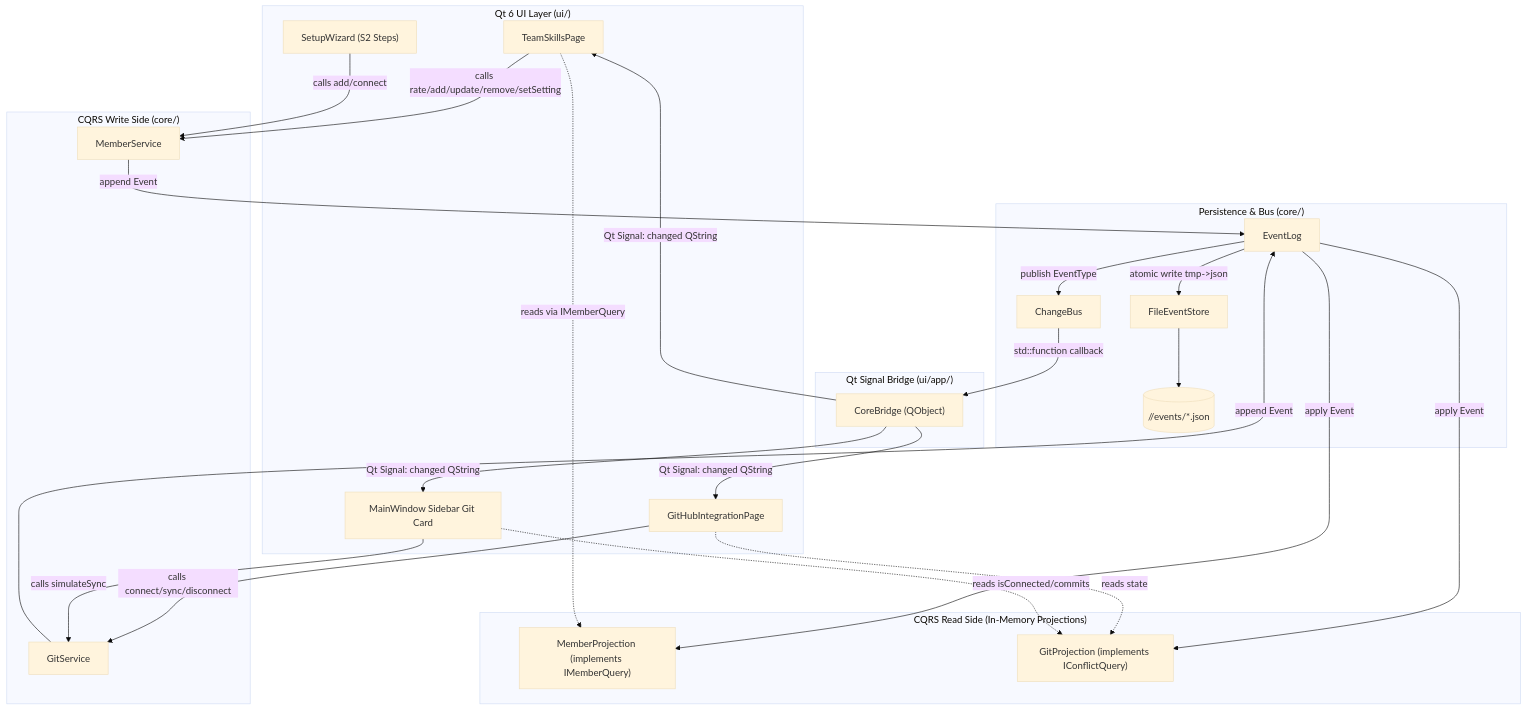
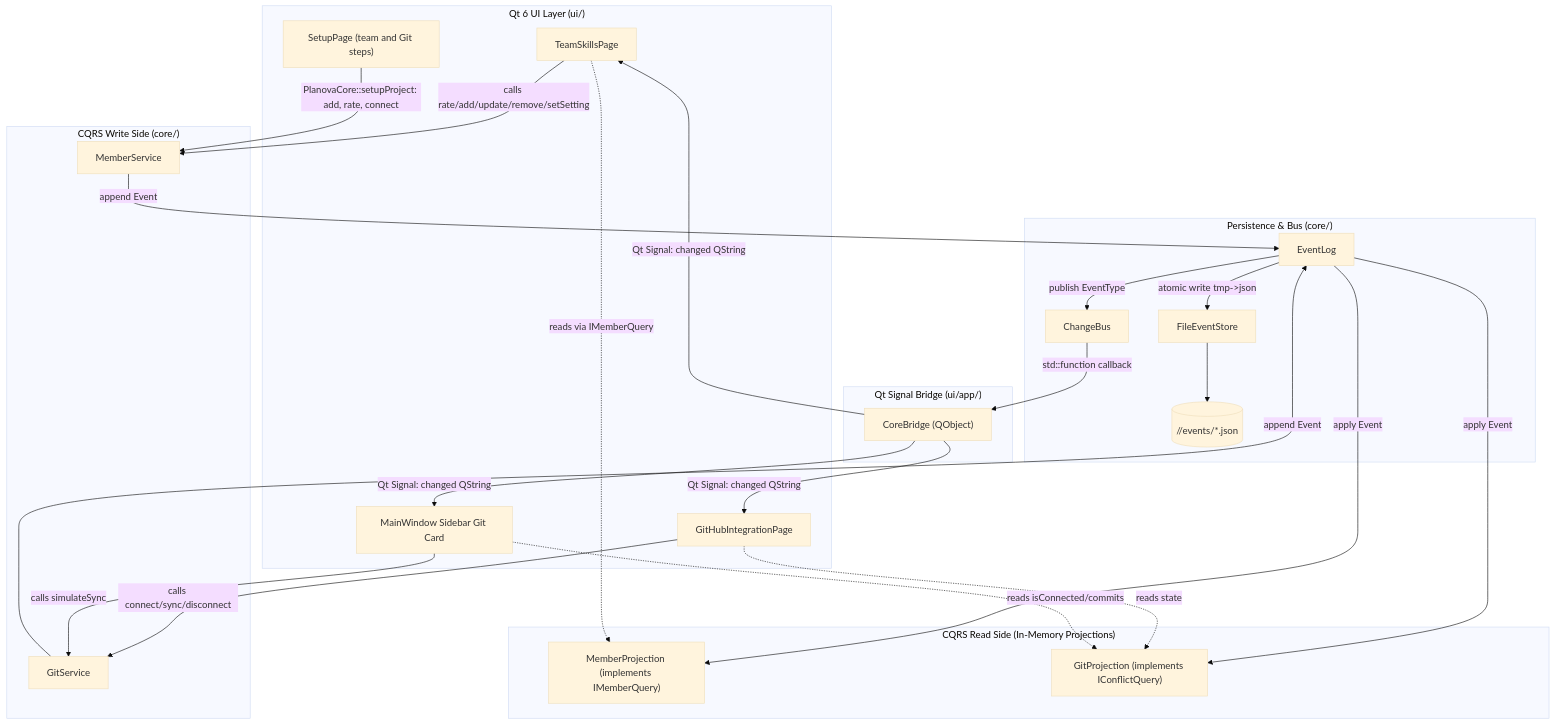
One commit to Adam-Ghobashy/planova changed the first of 2 diagrams in docs/architecture/Planova_Full_Architecture_Audit.md. Above: the diagram before and after it, drawn with Mermaid (base theme). The commit also changed other lines of this file and 3 other files, not shown here.

````diff
--- a/docs/architecture/Planova_Full_Architecture_Audit.md
+++ b/docs/architecture/Planova_Full_Architecture_Audit.md
@@ -58,58 +45,58 @@
 ```mermaid
 flowchart TD
     subgraph UI_Layer ["Qt 6 UI Layer (ui/)"]
         TeamPage["TeamSkillsPage"]
         GitPage["GitHubIntegrationPage"]
-        Wizard["SetupWizard (S2 Steps)"]
+        Setup["SetupPage (team and Git steps)"]
         Sidebar["MainWindow Sidebar Git Card"]
     end
 
     subgraph Write_Side ["CQRS Write Side (core/)"]
         MemberSvc["MemberService"]
         GitSvc["GitService"]
     end
 
     subgraph Store_Layer ["Persistence & Bus (core/)"]
         EL["EventLog"]
         FES["FileEventStore"]
         CBus["ChangeBus"]
         Disk[("<workspace>/<proj>/events/*.json")]
     end
 
     subgraph Read_Side ["CQRS Read Side (In-Memory Projections)"]
         MemberProj["MemberProjection (implements IMemberQuery)"]
         GitProj["GitProjection (implements IConflictQuery)"]
     end
 
     subgraph Bridge ["Qt Signal Bridge (ui/app/)"]
         BridgeObj["CoreBridge (QObject)"]
     end
 
     %% UI to Services
     TeamPage -->|calls rate/add/update/remove/setSetting| MemberSvc
     GitPage -->|calls connect/sync/disconnect| GitSvc
-    Wizard -->|calls add/connect| MemberSvc
+    Setup -->|PlanovaCore::setupProject: add, rate, connect| MemberSvc
     Sidebar -->|calls simulateSync| GitSvc
 
     %% Services to EventLog
     MemberSvc -->|append Event| EL
     GitSvc -->|append Event| EL
 
     %% EventLog Actions
     EL -->|atomic write tmp->json| FES
     FES --> Disk
     EL -->|apply Event| MemberProj
     EL -->|apply Event| GitProj
     EL -->|publish EventType| CBus
 
     %% Notification loop
     CBus -->|std::function callback| BridgeObj
     BridgeObj -->|Qt Signal: changed QString| TeamPage
     BridgeObj -->|Qt Signal: changed QString| GitPage
     BridgeObj -->|Qt Signal: changed QString| Sidebar
 
     %% Queries
     TeamPage -.->|reads via IMemberQuery| MemberProj
     GitPage -.->|reads state| GitProj
     Sidebar -.->|reads isConnected/commits| GitProj
 ```
````
